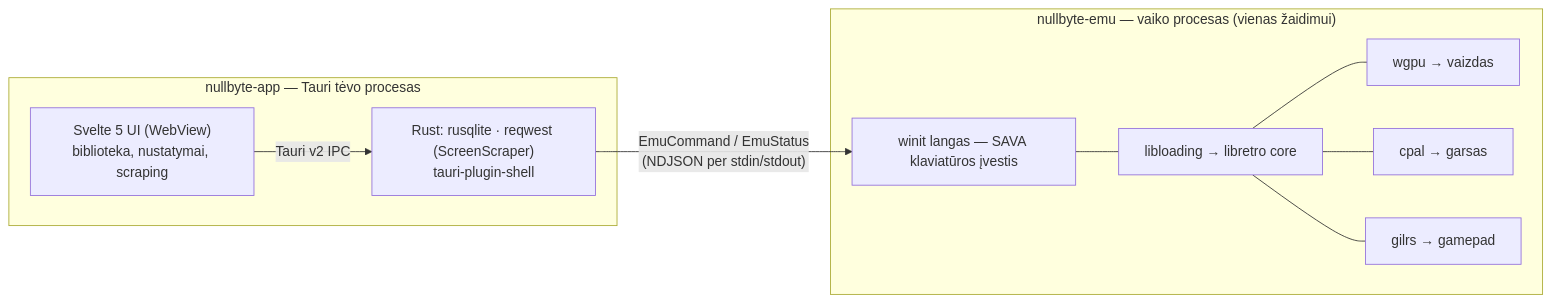
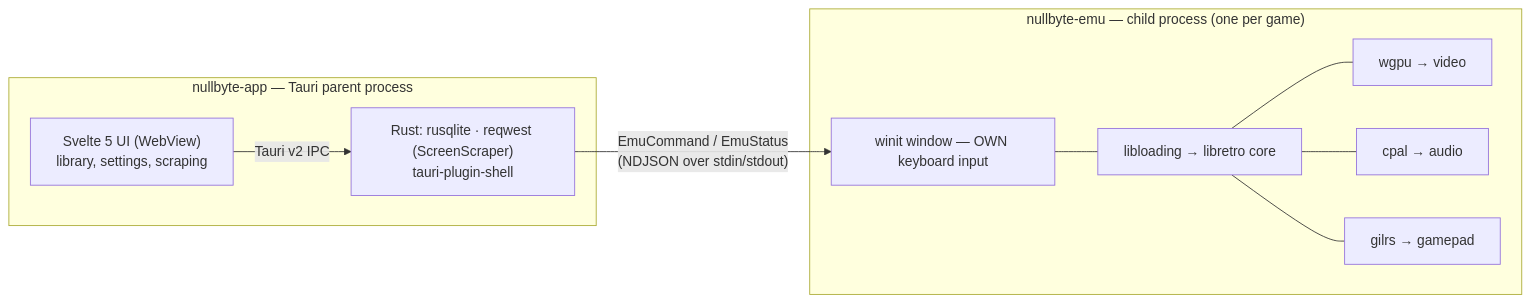
Before and after one commit to montynau/nullbyte: the diagram in README.md, drawn with Mermaid. The commit also changed other lines of this file and 1 other file, not shown here.

````diff
--- a/README.md
+++ b/README.md
@@ -307,22 +307,22 @@
 ```mermaid
 flowchart LR
-    subgraph app["nullbyte-app — Tauri tėvo procesas"]
-        ui["Svelte 5 UI (WebView)<br/>biblioteka, nustatymai, scraping"]
+    subgraph app["nullbyte-app — Tauri parent process"]
+        ui["Svelte 5 UI (WebView)<br/>library, settings, scraping"]
         rust["Rust: rusqlite · reqwest (ScreenScraper)<br/>tauri-plugin-shell"]
         ui -- "Tauri v2 IPC" --> rust
     end
 
-    subgraph emu["nullbyte-emu — vaiko procesas (vienas žaidimui)"]
-        win["winit langas — SAVA klaviatūros įvestis"]
+    subgraph emu["nullbyte-emu — child process (one per game)"]
+        win["winit window — OWN keyboard input"]
         core["libloading → libretro core"]
-        video["wgpu → vaizdas"]
-        audio["cpal → garsas"]
+        video["wgpu → video"]
+        audio["cpal → audio"]
         pad["gilrs → gamepad"]
         win --- core
         core --- video
         core --- audio
         core --- pad
     end
 
-    rust -- "EmuCommand / EmuStatus\n(NDJSON per stdin/stdout)" --> win
+    rust -- "EmuCommand / EmuStatus\n(NDJSON over stdin/stdout)" --> win
 ```
````
